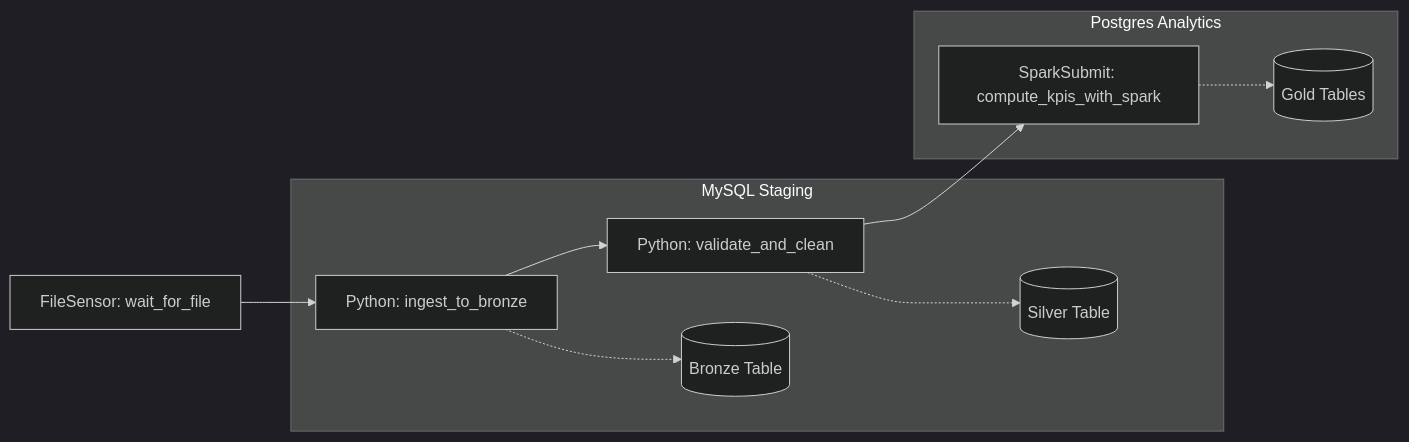
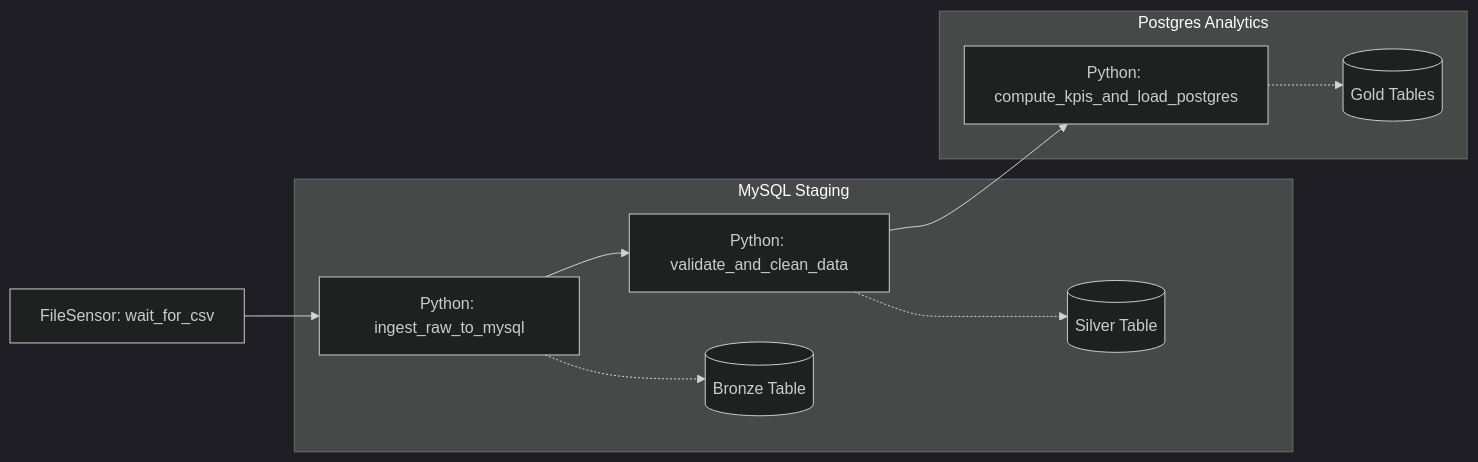
The second of 2 diagrams in documentation.md (jill-break/DE05-Module-Lab-3-Airflow-Project-Flight-Price-Analysis), drawn with Mermaid (dark theme) before and after one commit. The commit also changed other lines of this file, not shown here.

````diff
--- a/documentation.md
+++ b/documentation.md
@@ -102,15 +108,15 @@
 ```mermaid
 graph LR
-    A[FileSensor: wait_for_file] --> B[Python: ingest_to_bronze]
-    B --> C[Python: validate_and_clean]
-    C --> D[SparkSubmit: compute_kpis_with_spark]
-    
+    A[FileSensor: wait_for_csv] --> B[Python: ingest_raw_to_mysql]
+    B --> C[Python: validate_and_clean_data]
+    C --> D[Python: compute_kpis_and_load_postgres]
+
     subgraph "MySQL Staging"
         B -.-> Bronze[(Bronze Table)]
         C -.-> Silver[(Silver Table)]
     end
-    
+
     subgraph "Postgres Analytics"
         D -.-> Gold[(Gold Tables)]
     end
 ```
````
